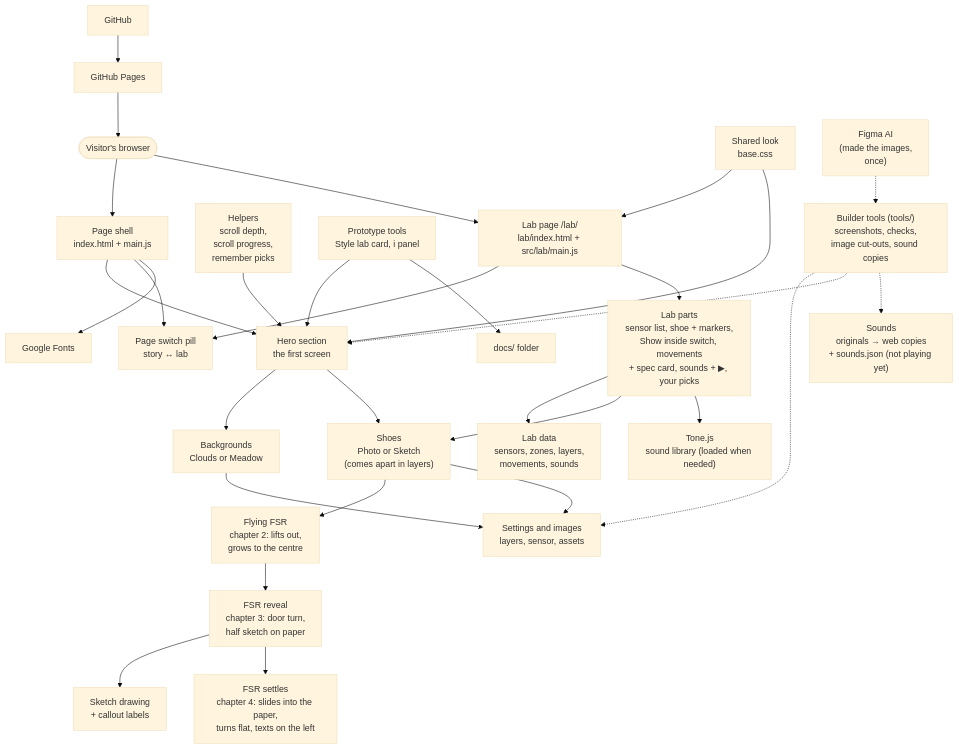
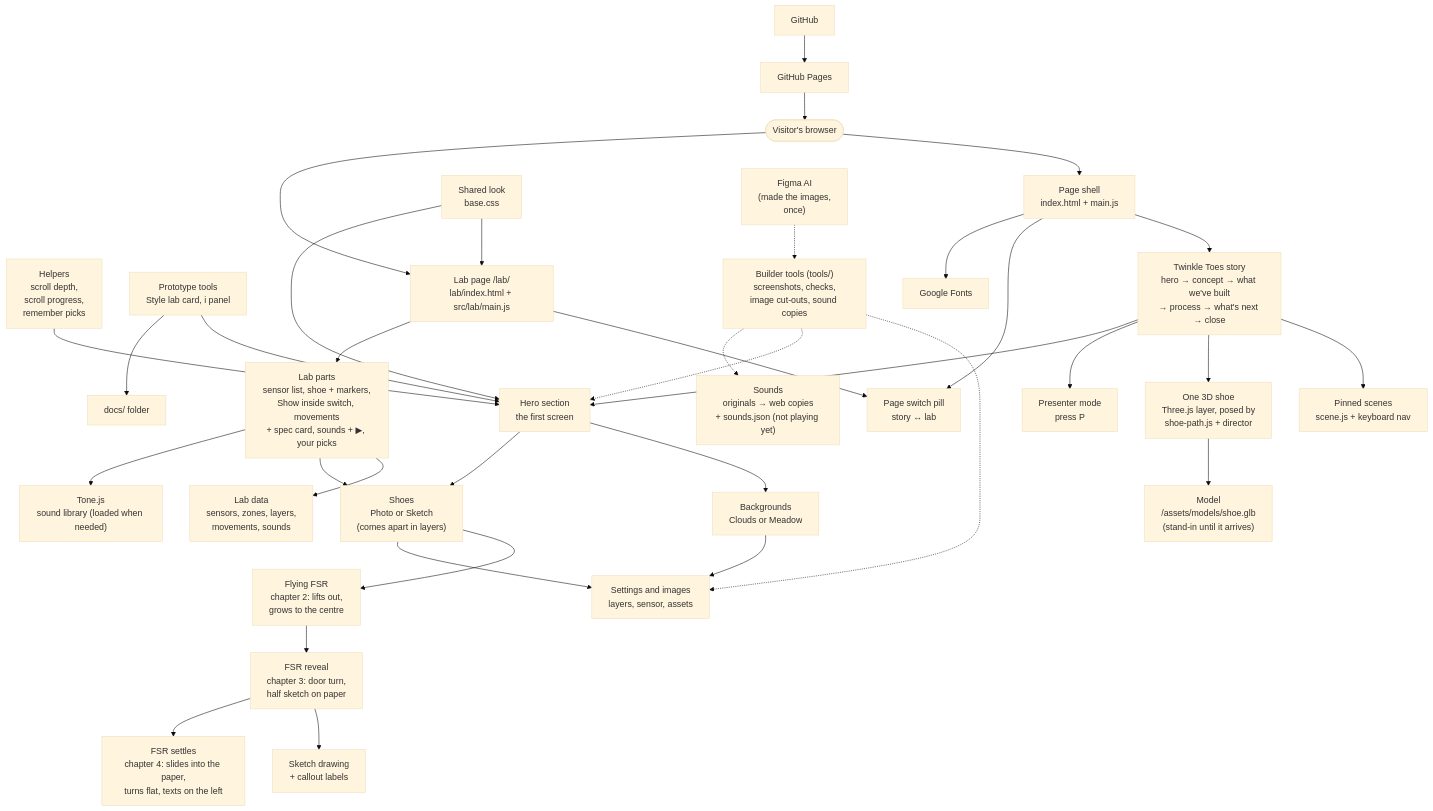
One commit to Veruzka/magic-shoes-presentation changed the diagram in docs/architecture.md. Above: the diagram before and after it, drawn with Mermaid (base theme). The commit also changed other lines of this file and 4 other files, not shown here.

Commit message:
Docs: the Twinkle Toes story, 3D shoe, presenter mode and new standing instructions

````diff
--- a/docs/architecture.md
+++ b/docs/architecture.md
@@ -3,53 +3,62 @@
 ```mermaid
 flowchart TD
   visitor(["Visitor's browser"])
   page["Page shell<br/>index.html + main.js"]
   hero["Hero section<br/>the first screen"]
   bg["Backgrounds<br/>Clouds or Meadow"]
   shoe["Shoes<br/>Photo or Sketch<br/>(comes apart in layers)"]
   flight["Flying FSR<br/>chapter 2: lifts out,<br/>grows to the centre"]
   reveal["FSR reveal<br/>chapter 3: door turn,<br/>half sketch on paper"]
   sketch["Sketch drawing<br/>+ callout labels"]
   settle["FSR settles<br/>chapter 4: slides into the paper,<br/>turns flat, texts on the left"]
   data["Settings and images<br/>layers, sensor, assets"]
   helpers["Helpers<br/>scroll depth,<br/>scroll progress,<br/>remember picks"]
   styles["Shared look<br/>base.css"]
   tools["Prototype tools<br/>Style lab card, i panel"]
   lab["Lab page /lab/<br/>lab/index.html + src/lab/main.js"]
   labdata["Lab data<br/>sensors, zones, layers,<br/>movements, sounds"]
   labparts["Lab parts<br/>sensor list, shoe + markers,<br/>Show inside switch, movements<br/>+ spec card, sounds + ▶, your picks"]
   tonejs["Tone.js<br/>sound library (loaded when needed)"]
   pill["Page switch pill<br/>story ↔ lab"]
   docs["docs/ folder"]
   github["GitHub"]
   vercel["GitHub Pages"]
   fonts["Google Fonts"]
   figma["Figma AI<br/>(made the images,<br/>once)"]
   devtools["Builder tools (tools/)<br/>screenshots, checks,<br/>image cut-outs, sound copies"]
   sounds["Sounds<br/>originals → web copies<br/>+ sounds.json (not playing yet)"]
+  story["Twinkle Toes story<br/>hero → concept → what we've built<br/>→ process → what's next → close"]
+  scenes["Pinned scenes<br/>scene.js + keyboard nav"]
+  shoe3d["One 3D shoe<br/>Three.js layer, posed by<br/>shoe-path.js + director"]
+  model["Model<br/>/assets/models/shoe.glb<br/>(stand-in until it arrives)"]
+  notes["Presenter mode<br/>press P"]
 
-  visitor --> page --> hero
+  visitor --> page --> story
+  story --> scenes
+  story --> shoe3d --> model
+  story --> notes
+  story --> hero
   visitor --> lab
   page --> pill
   lab --> pill
   lab --> labparts --> labdata
   labparts --> shoe
   labparts --> tonejs
   styles --> lab
   hero --> bg
   hero --> shoe
   shoe --> flight
   flight --> reveal --> sketch
   reveal --> settle
   bg --> data
   shoe --> data
   helpers --> hero
   styles --> hero
   tools --> hero
   tools --> docs
   page --> fonts
   github --> vercel --> visitor
   figma -.-> devtools -.-> data
   devtools -.-> hero
   devtools -.-> sounds
 ```
````
